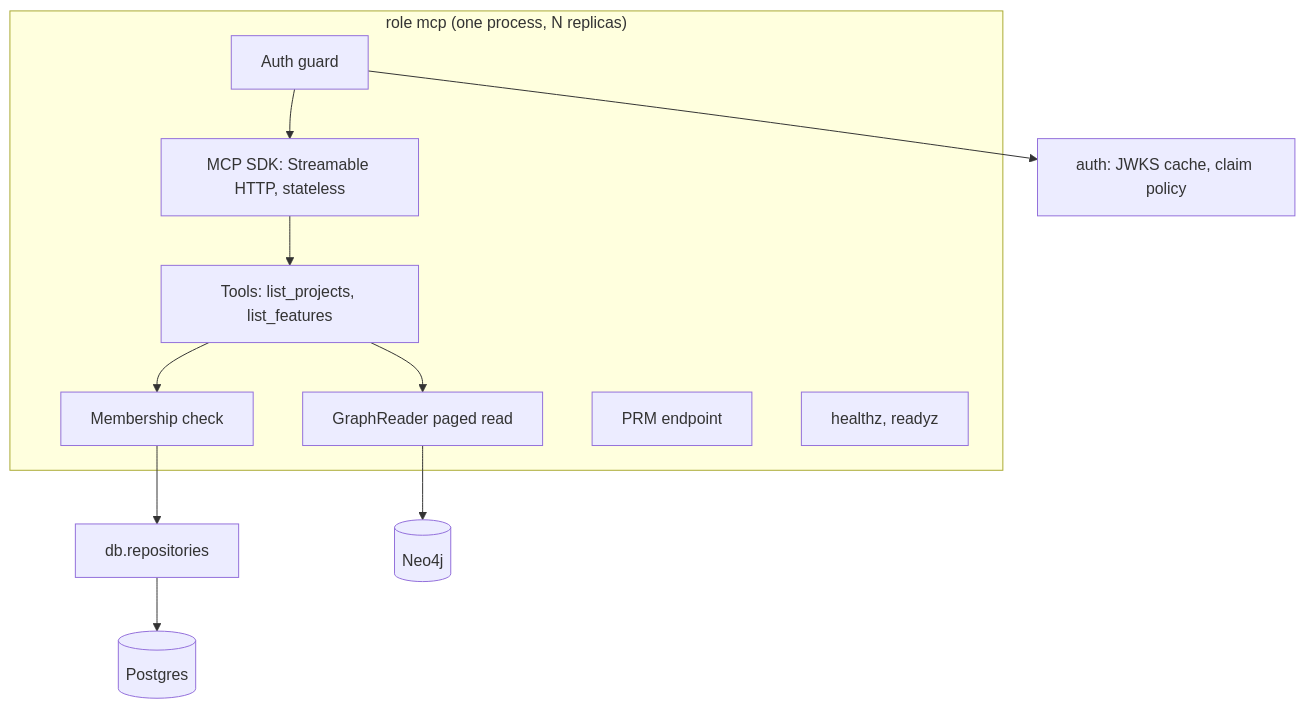
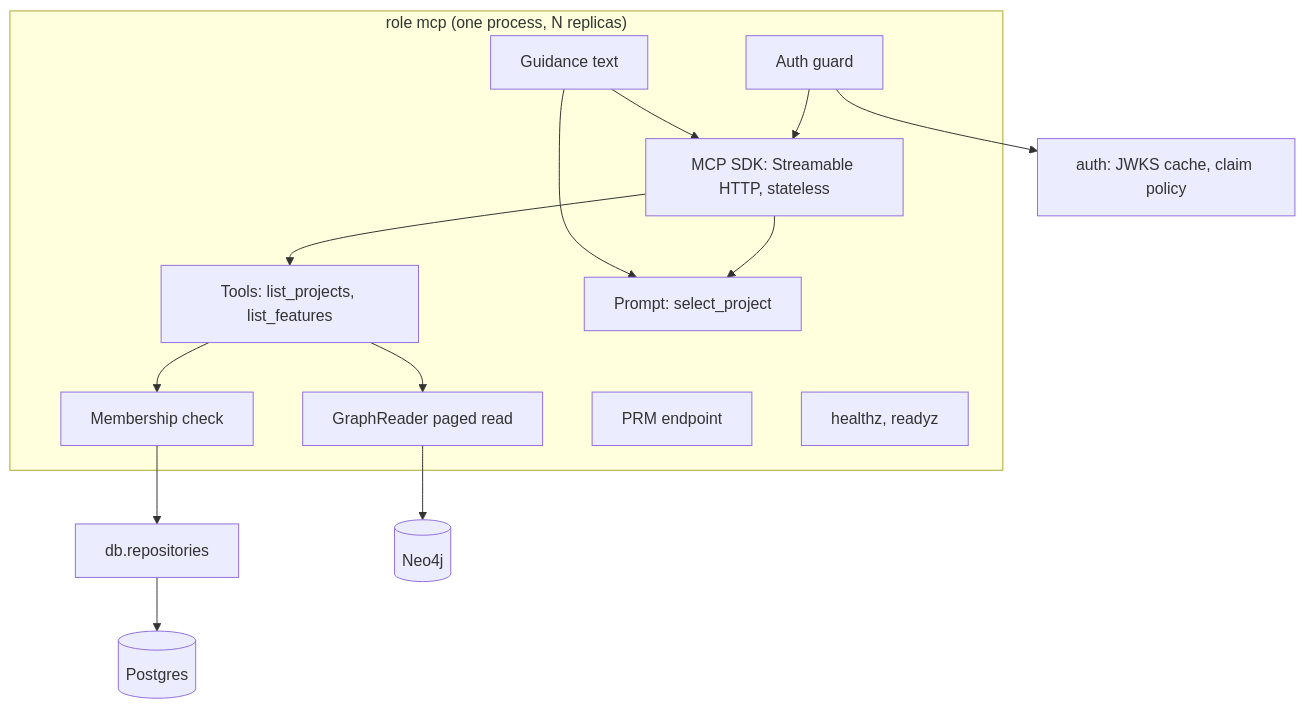
Before and after one commit to griddynamics/specflow: the diagram in docs/mcp-server/architecture.md, drawn with Mermaid. The commit also changed other lines of this file and 16 other files, not shown here.

````diff
--- a/docs/mcp-server/architecture.md
+++ b/docs/mcp-server/architecture.md
@@ -18,15 +18,18 @@
 ```mermaid
 flowchart TB
     subgraph role["role mcp (one process, N replicas)"]
         guard[Auth guard] --> sdk[MCP SDK: Streamable HTTP, stateless]
         sdk --> tools[Tools: list_projects, list_features]
+        sdk --> prompts[Prompt: select_project]
+        guidance[Guidance text] --> prompts
+        guidance --> sdk
         tools --> access[Membership check]
         tools --> reader[GraphReader paged read]
         prm[PRM endpoint]
         health[healthz, readyz]
     end
     access --> repo[db.repositories]
     repo --> pg[(Postgres)]
     reader --> neo[(Neo4j)]
     guard --> jwks[auth: JWKS cache, claim policy]
 ```
````
